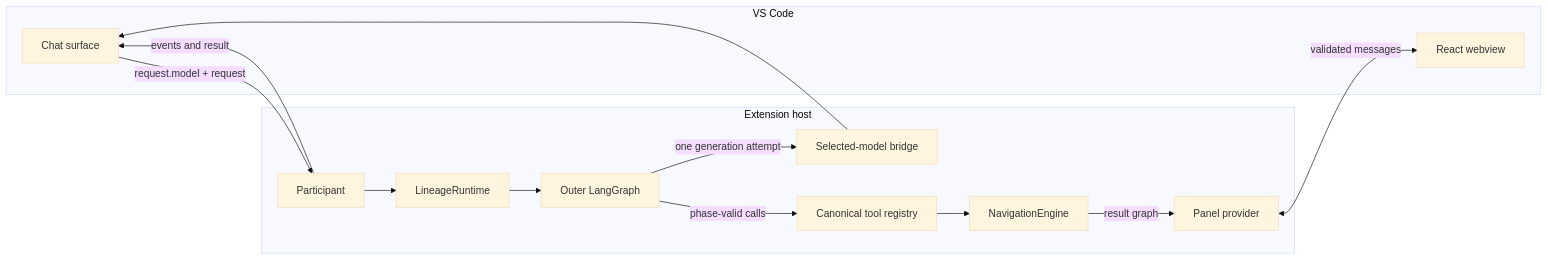
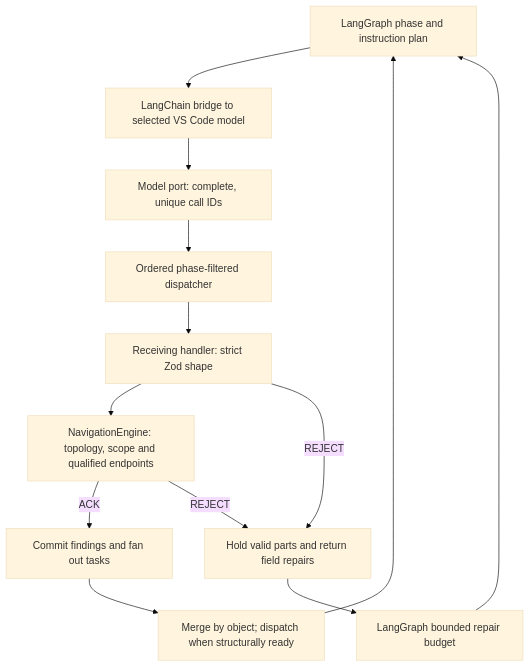
Before and after one commit to ChrisDevRepo/vscode_data_lineage: the second of 2 diagrams in docs/ARCHITECTURE.md, drawn with Mermaid (base theme). The commit also changed other lines of this file and 676 other files, not shown here.

First line of the commit message:
feat: column-trace contracts, architecture stabilization, and test framework separation

````diff
--- a/docs/ARCHITECTURE.md
+++ b/docs/ARCHITECTURE.md
@@ -96,25 +84,15 @@
 ```mermaid
-flowchart LR
-    subgraph VSC[VS Code]
-        CHAT[Chat surface]
-        WV[React webview]
-    end
-
-    subgraph HOST[Extension host]
-        PART[Participant]
-        RUNTIME[LineageRuntime]
-        GRAPH[Outer LangGraph]
-        MODEL[Selected-model bridge]
-        TOOLS[Canonical tool registry]
-        NAV[NavigationEngine]
-        PANEL[Panel provider]
-    end
-
-    CHAT -->|request.model + request| PART
-    PART -->|events and result| CHAT
-    PART --> RUNTIME --> GRAPH
-    GRAPH -->|one generation attempt| MODEL --> CHAT
-    GRAPH -->|phase-valid calls| TOOLS --> NAV
-    NAV -->|result graph| PANEL
-    PANEL <-->|validated messages| WV
+flowchart TD
+    PLAN[LangGraph phase and instruction plan] --> MODEL[LangChain bridge to selected VS Code model]
+    MODEL --> CORRELATE[Model port: complete, unique call IDs]
+    CORRELATE --> DISPATCH[Ordered phase-filtered dispatcher]
+    DISPATCH --> SCHEMA[Receiving handler: strict Zod shape]
+    SCHEMA --> ENGINE[NavigationEngine: topology, scope and qualified endpoints]
+    ENGINE -->|ACK| COMMIT[Commit findings and fan out tasks]
+    ENGINE -->|REJECT| REPAIR[Hold valid parts and return field repairs]
+    SCHEMA -->|REJECT| REPAIR
+    REPAIR --> BUDGET[LangGraph bounded repair budget]
+    BUDGET --> PLAN
+    COMMIT --> AGENDA[Merge by object; dispatch when structurally ready]
+    AGENDA --> PLAN
 ```
````
